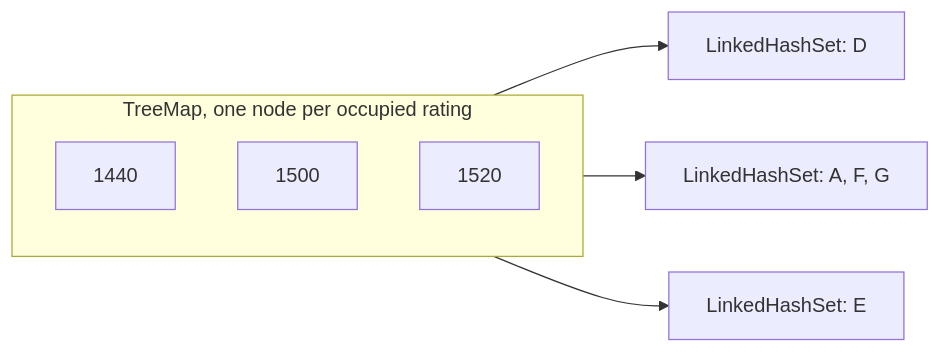
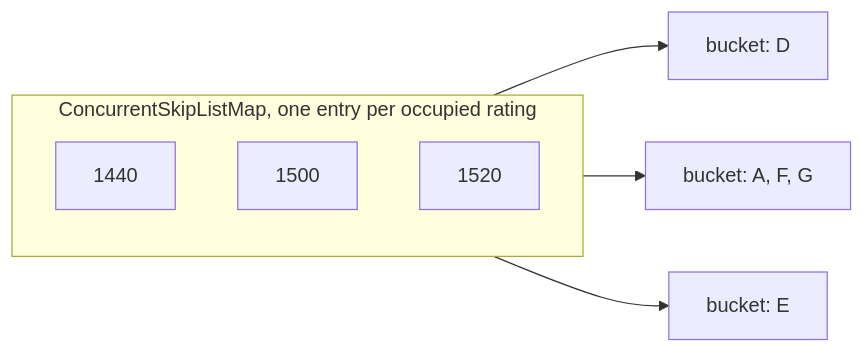
One commit to Amrovv/match3d changed the second of 3 diagrams in docs/project-extended-description.md. Above: the diagram before and after it, drawn with Mermaid. The commit also changed other lines of this file and 3 other files, not shown here.

First line of the commit message:
docs: stop calling the skill index a balanced tree

````diff
--- a/docs/project-extended-description.md
+++ b/docs/project-extended-description.md
@@ -99,12 +99,12 @@
 ```mermaid
 flowchart LR
-    subgraph tree["TreeMap, one node per occupied rating"]
+    subgraph index["ConcurrentSkipListMap, one entry per occupied rating"]
         direction TB
         k1440["1440"]
         k1500["1500"]
         k1520["1520"]
     end
-    k1440 --> b1["LinkedHashSet: D"]
-    k1500 --> b2["LinkedHashSet: A, F, G"]
-    k1520 --> b3["LinkedHashSet: E"]
+    k1440 --> b1["bucket: D"]
+    k1500 --> b2["bucket: A, F, G"]
+    k1520 --> b3["bucket: E"]
 ```
````
